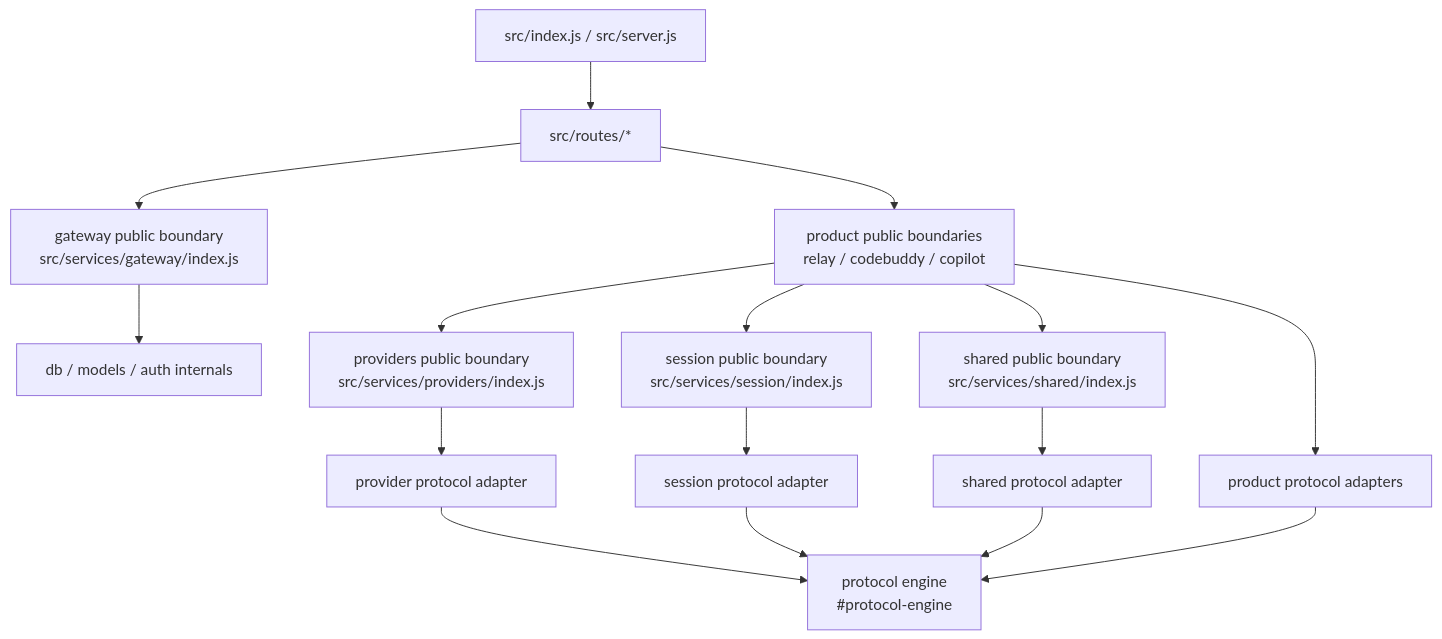
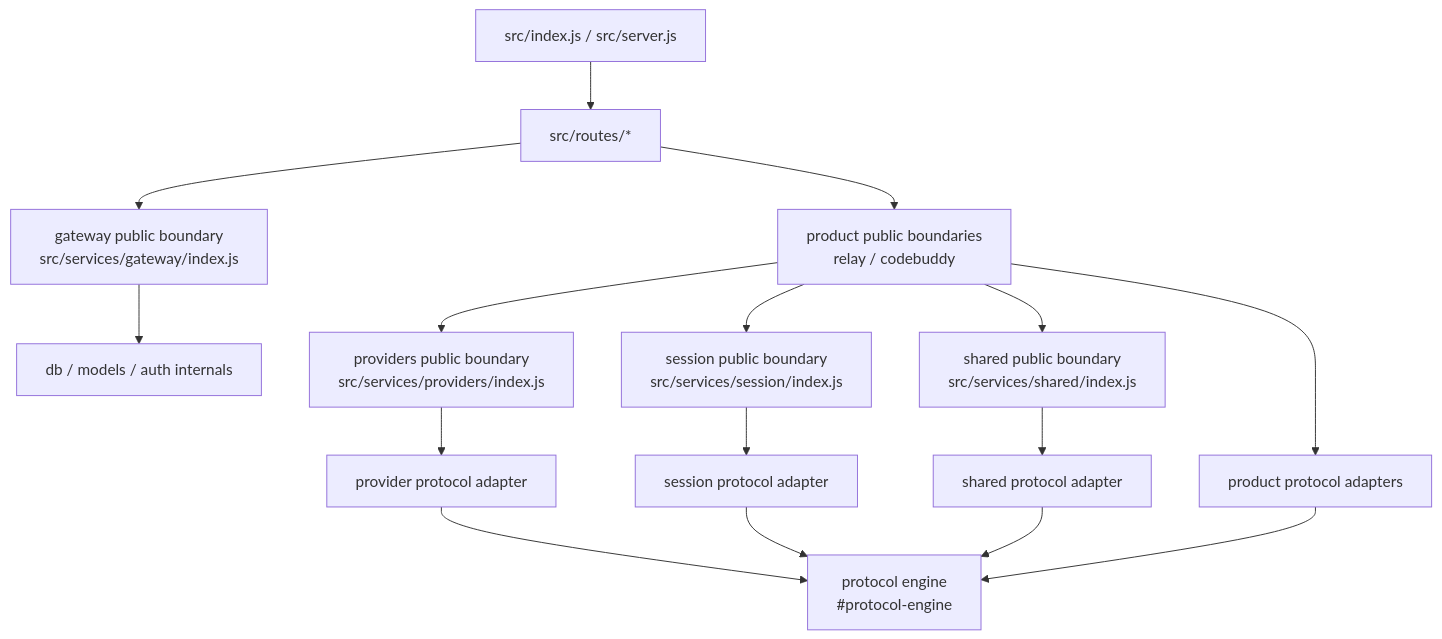
One commit to kymeron/claude-api-proxy changed the diagram in docs/architecture-boundaries.md. Above: the diagram before and after it, drawn with Mermaid. The commit also changed other lines of this file and 108 other files, not shown here.

````diff
--- a/docs/architecture-boundaries.md
+++ b/docs/architecture-boundaries.md
@@ -7,18 +7,18 @@
 ```mermaid
 flowchart TD
     A["src/index.js / src/server.js"] --> B["src/routes/*"]
     B --> C["gateway public boundary<br/>src/services/gateway/index.js"]
-    B --> D["product public boundaries<br/>relay / codebuddy / copilot"]
+    B --> D["product public boundaries<br/>relay / codebuddy"]
     D --> E["providers public boundary<br/>src/services/providers/index.js"]
     D --> F["session public boundary<br/>src/services/session/index.js"]
     D --> G["shared public boundary<br/>src/services/shared/index.js"]
     D --> H["product protocol adapters"]
     E --> I["provider protocol adapter"]
     F --> J["session protocol adapter"]
     G --> K["shared protocol adapter"]
     H --> L["protocol engine<br/>#protocol-engine"]
     I --> L
     J --> L
     K --> L
     C --> M["db / models / auth internals"]
 ```
````
